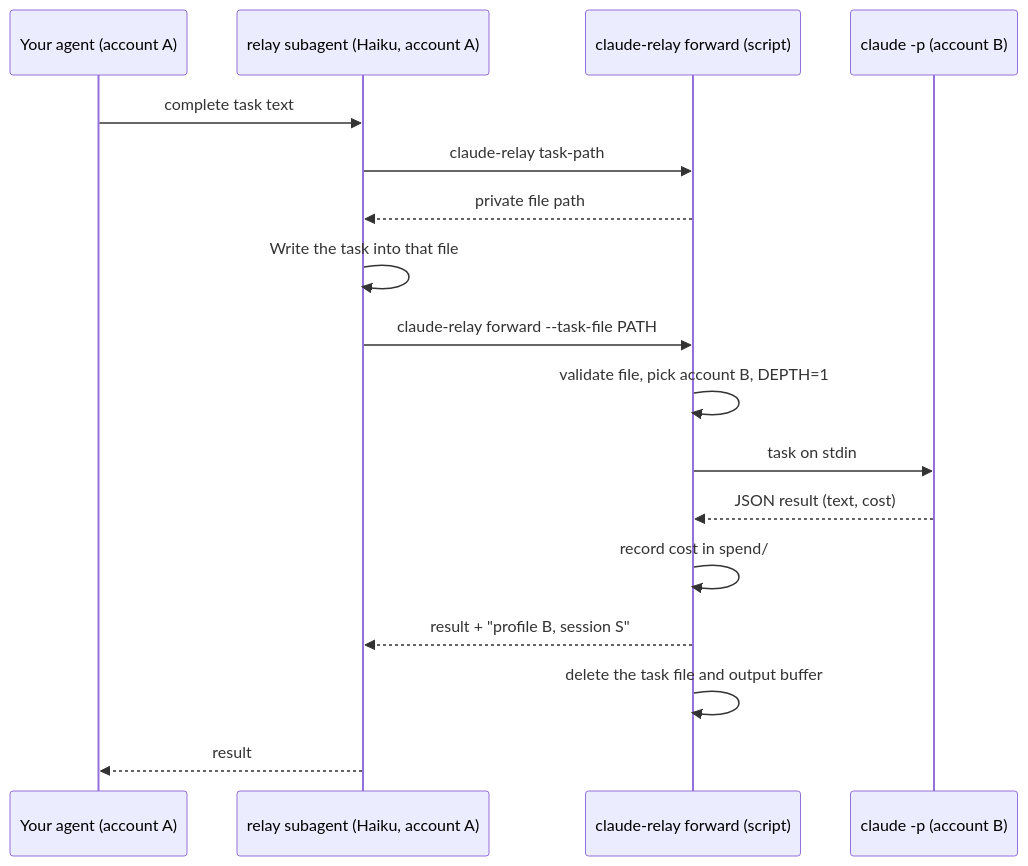
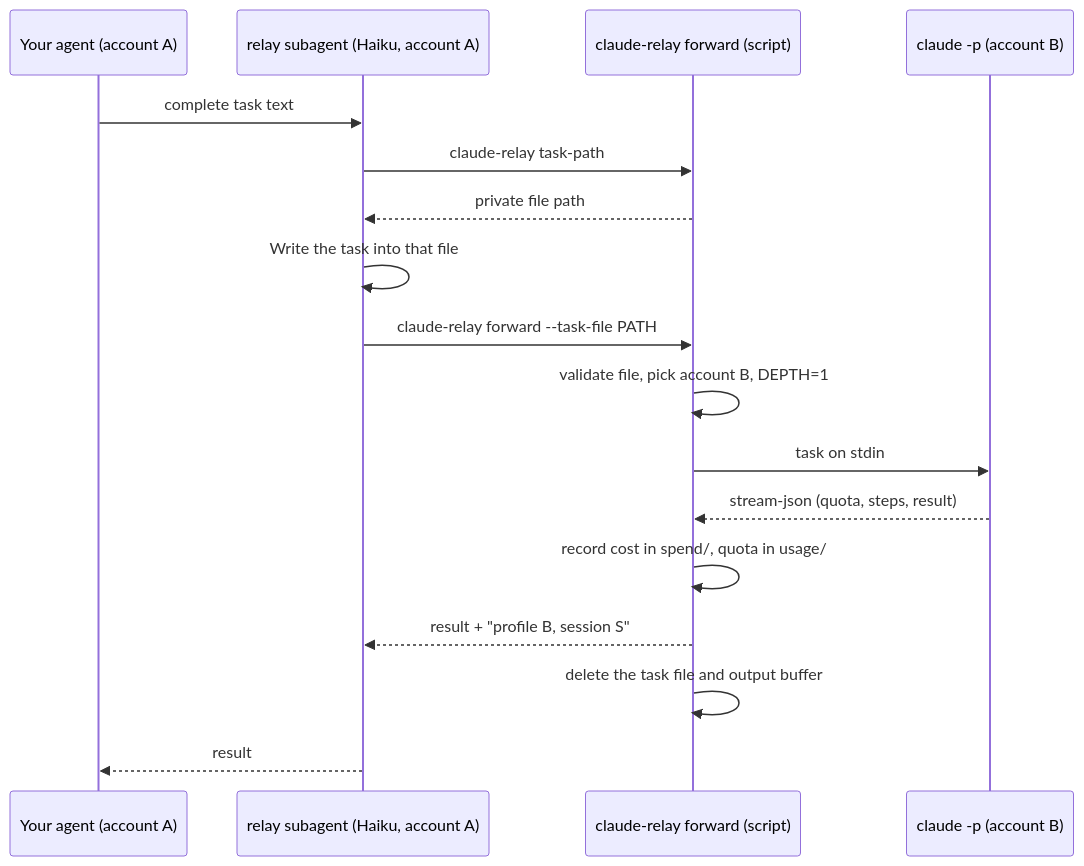
The third of 4 diagrams in docs/HOW-IT-WORKS.md (nahimdhaney/claude-relay), drawn with Mermaid before and after one commit. The commit also changed other lines of this file and 17 other files, not shown here.

Commit message:
v0.4.0: relay runs report quota through stream-json

````diff
--- a/docs/HOW-IT-WORKS.md
+++ b/docs/HOW-IT-WORKS.md
@@ -121,19 +128,19 @@
 ```mermaid
 sequenceDiagram
   participant M as Your agent (account A)
   participant R as relay subagent (Haiku, account A)
   participant F as claude-relay forward (script)
   participant C as claude -p (account B)
   M->>R: complete task text
   R->>F: claude-relay task-path
   F-->>R: private file path
   R->>R: Write the task into that file
   R->>F: claude-relay forward --task-file PATH
   F->>F: validate file, pick account B, DEPTH=1
   F->>C: task on stdin
-  C-->>F: JSON result (text, cost)
-  F->>F: record cost in spend/
+  C-->>F: stream-json (quota, steps, result)
+  F->>F: record cost in spend/, quota in usage/
   F-->>R: result + "profile B, session S"
   F->>F: delete the task file and output buffer
   R-->>M: result
 ```
````
